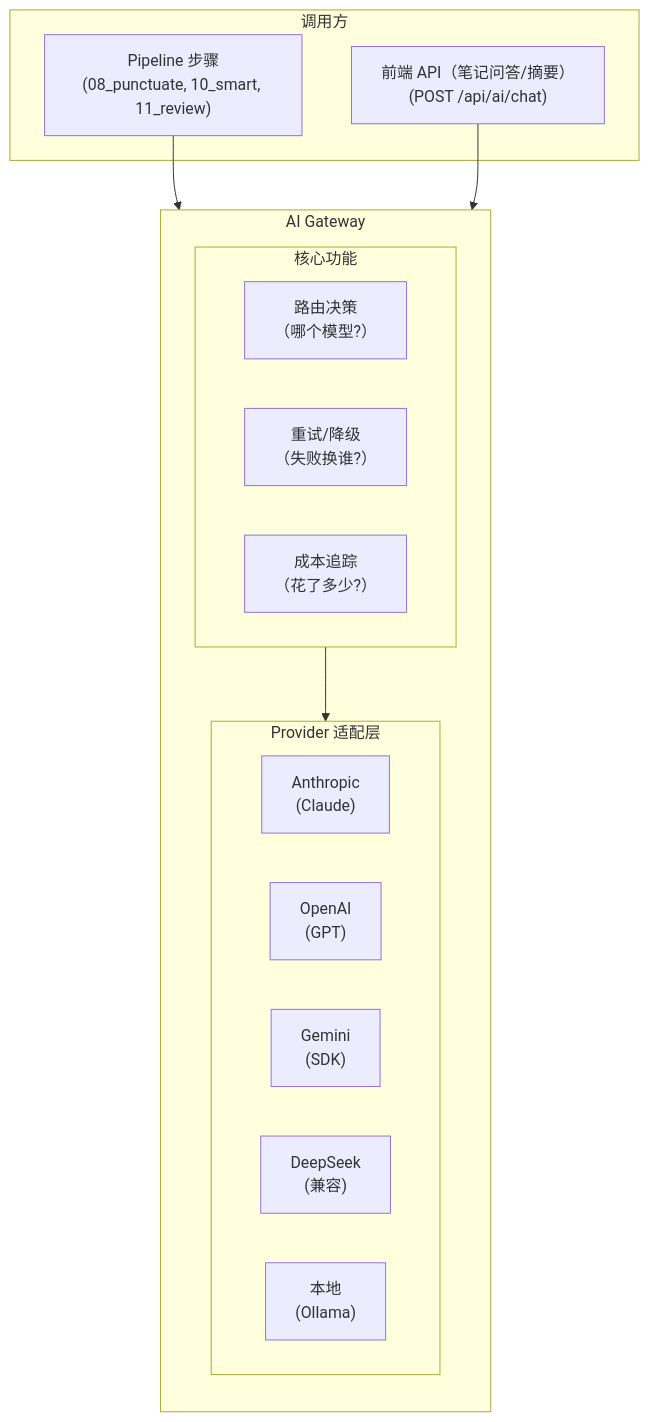
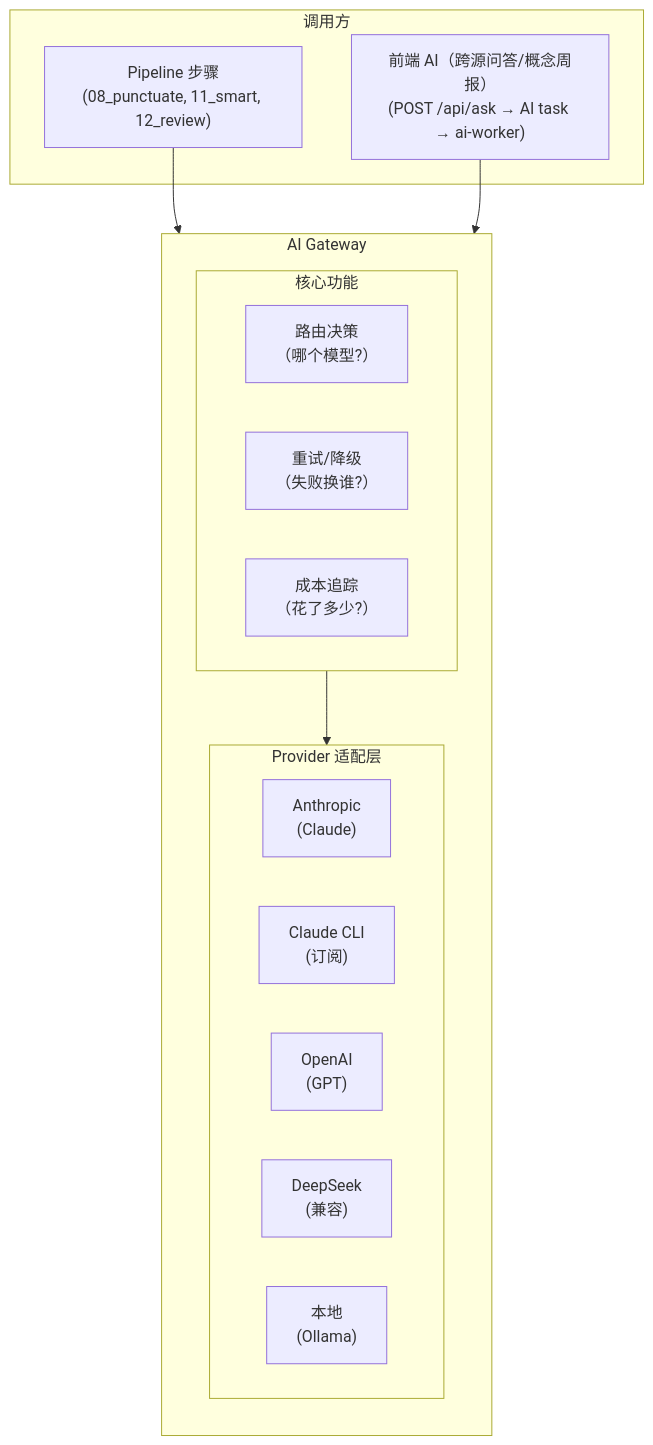
The diagram in docs/04-module-design/ai-gateway.md (Gwzlchn/Flori), drawn with Mermaid before and after one commit. The commit also changed other lines of this file and 8 other files, not shown here.

````diff
--- a/docs/04-module-design/ai-gateway.md
+++ b/docs/04-module-design/ai-gateway.md
@@ -15,27 +15,27 @@
 ```mermaid
 graph TD
     subgraph Callers["调用方"]
-        Pipeline["Pipeline 步骤<br/>(08_punctuate, 10_smart, 11_review)"]
-        Frontend["前端 API（笔记问答/摘要）<br/>(POST /api/ai/chat)"]
+        Pipeline["Pipeline 步骤<br/>(08_punctuate, 11_smart, 12_review)"]
+        Frontend["前端 AI（跨源问答/概念周报）<br/>(POST /api/ask → AI task → ai-worker)"]
     end
 
     subgraph Gateway["AI Gateway"]
         direction TB
         subgraph Core["核心功能"]
             Router["路由决策<br/>（哪个模型?）"]
             Retry["重试/降级<br/>（失败换谁?）"]
             Cost["成本追踪<br/>（花了多少?）"]
         end
         subgraph Providers["Provider 适配层"]
             Anthropic["Anthropic<br/>(Claude)"]
+            ClaudeCLI["Claude CLI<br/>(订阅)"]
             OpenAI["OpenAI<br/>(GPT)"]
-            Gemini["Gemini<br/>(SDK)"]
             DeepSeek["DeepSeek<br/>(兼容)"]
             Local["本地<br/>(Ollama)"]
         end
     end
 
     Pipeline --> Gateway
     Frontend --> Gateway
     Core --> Providers
 ```
````
